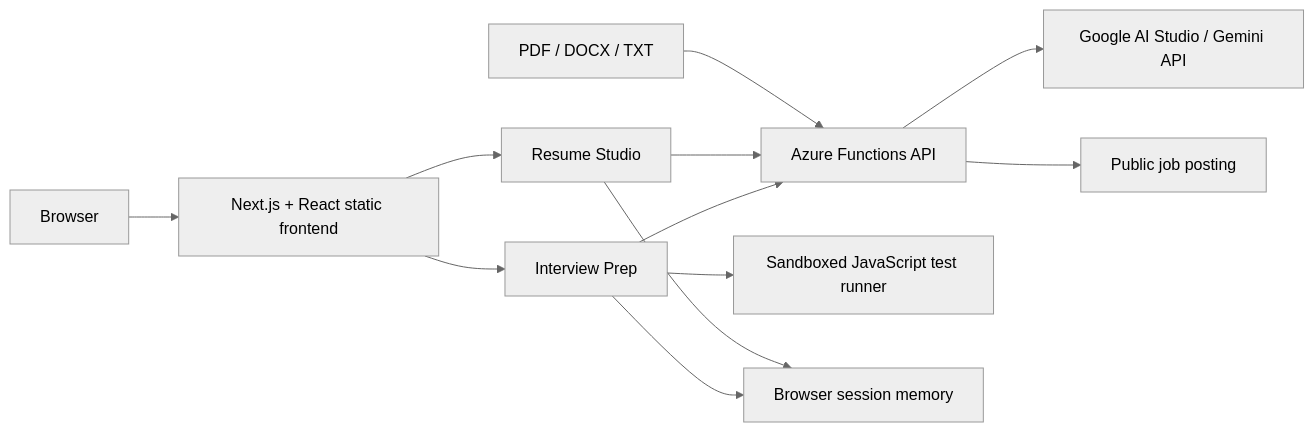
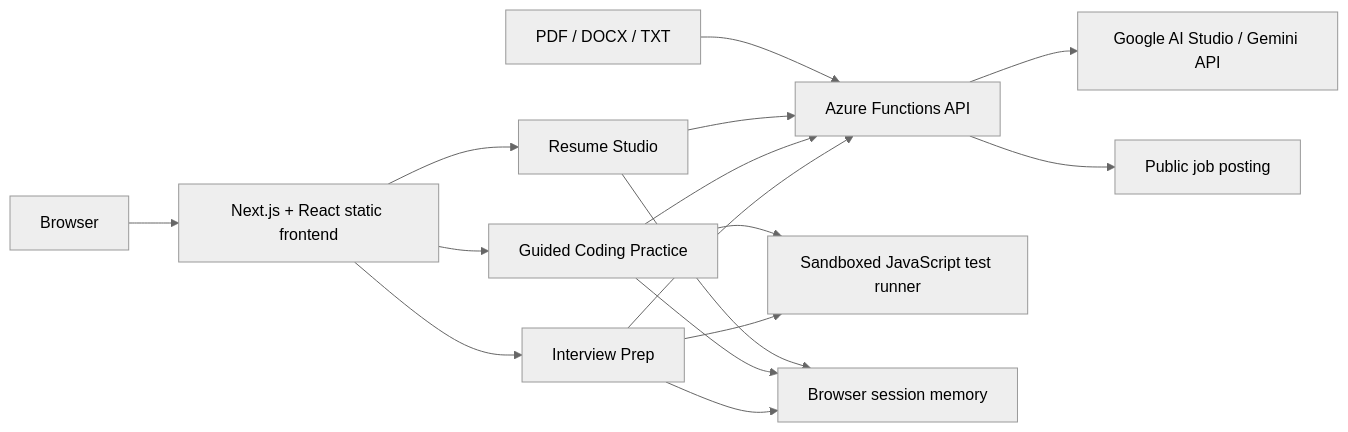
Before and after one commit to BIngram17/InterviewIQ-Live-Demo: the diagram in README.md, drawn with Mermaid (neutral theme). The commit also changed other lines of this file and 13 other files, not shown here.

Commit message:
Add guided coding practice workspace

````diff
--- a/README.md
+++ b/README.md
@@ -71,21 +79,25 @@
 ```mermaid
 flowchart LR
     U["Browser"] --> UI["Next.js + React static frontend"]
     UI --> INTERVIEW["Interview Prep"]
+    UI --> CODING["Guided Coding Practice"]
     UI --> RESUME["Resume Studio"]
     API["Azure Functions API"]
     AI["Google AI Studio / Gemini API"]
     RUNNER["Sandboxed JavaScript test runner"]
     STORE["Browser session memory"]
     JOB["Public job posting"]
     FILES["PDF / DOCX / TXT"]
 
     INTERVIEW --> API
     INTERVIEW --> RUNNER
     INTERVIEW --> STORE
+    CODING --> API
+    CODING --> RUNNER
+    CODING --> STORE
     RESUME --> API
     RESUME --> STORE
     FILES --> API
     API --> AI
     API --> JOB
 ```
````
